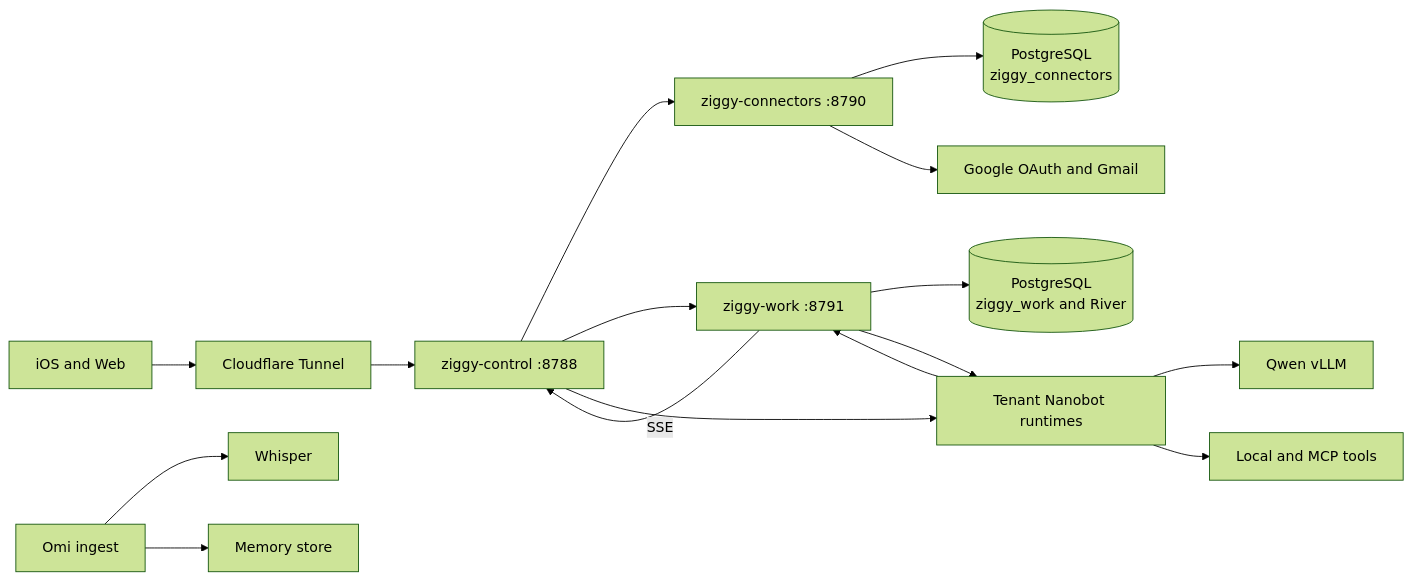
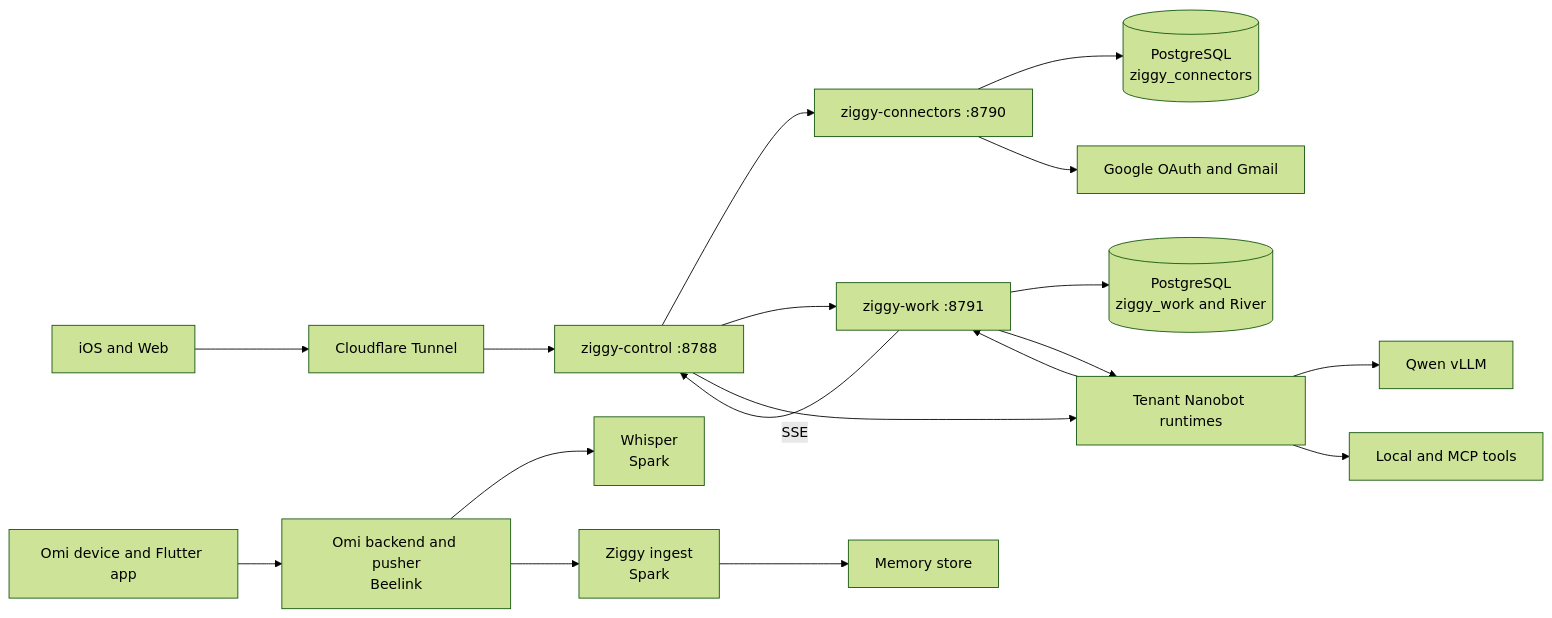
The diagram in docs/architecture/ziggy-spark-single-host.md (mihai-chiorean/nanobot), drawn with Mermaid (forest theme) before and after one commit. The commit also changed other lines of this file and 3 other files, not shown here.

````diff
--- a/docs/architecture/ziggy-spark-single-host.md
+++ b/docs/architecture/ziggy-spark-single-host.md
@@ -20,22 +22,24 @@
 ```mermaid
 flowchart LR
     APP[iOS and Web] --> CF[Cloudflare Tunnel]
     CF --> CONTROL[ziggy-control :8788]
 
     CONTROL --> CONNECTORS[ziggy-connectors :8790]
     CONTROL --> WORK[ziggy-work :8791]
     CONTROL --> RUNTIME[Tenant Nanobot runtimes]
 
     CONNECTORS --> CDB[(PostgreSQL<br/>ziggy_connectors)]
     CONNECTORS --> GOOGLE[Google OAuth and Gmail]
 
     WORK --> WDB[(PostgreSQL<br/>ziggy_work and River)]
     WORK --> RUNTIME
     RUNTIME --> MODEL[Qwen vLLM]
     RUNTIME --> TOOLS[Local and MCP tools]
     RUNTIME --> WORK
     WORK -->|SSE| CONTROL
 
-    OMI[Omi ingest] --> WHISPER[Whisper]
-    OMI --> MEMORY[Memory store]
+    ORB[Omi device and Flutter app] --> OMI[Omi backend and pusher<br/>Beelink]
+    OMI --> WHISPER[Whisper<br/>Spark]
+    OMI --> INGEST[Ziggy ingest<br/>Spark]
+    INGEST --> MEMORY[Memory store]
 ```
````
